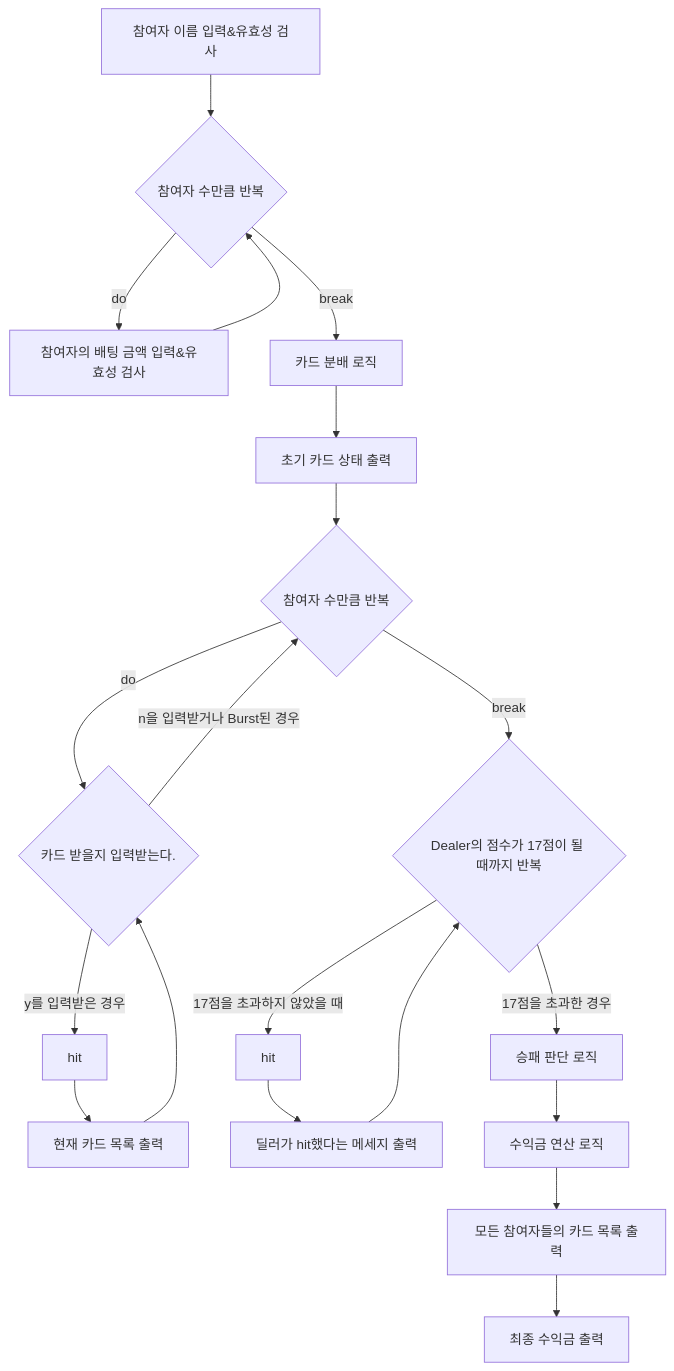
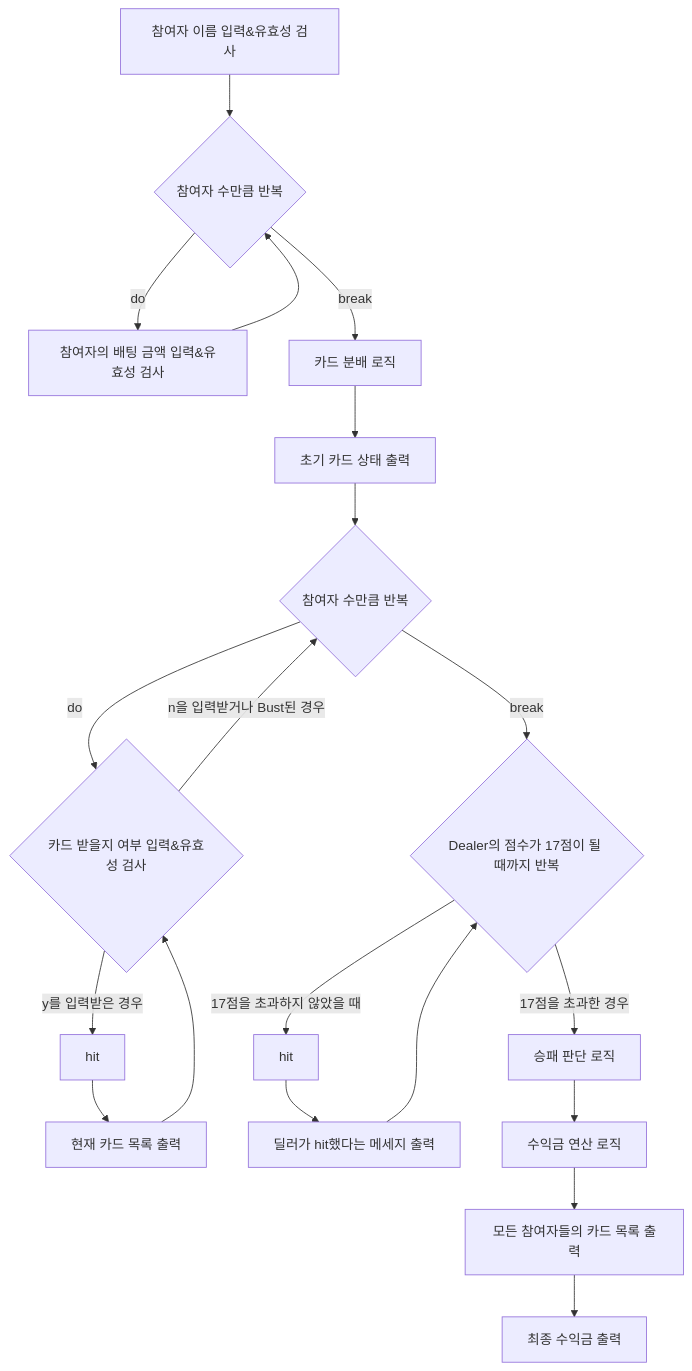
Before and after one commit to woowacourse/java-blackjack: the second of 3 diagrams in docs/README.md, drawn with Mermaid. The commit also changed other lines of this file and 12 other files, not shown here.

````diff
--- a/docs/README.md
+++ b/docs/README.md
@@ -61,25 +61,25 @@
 ```mermaid
 flowchart TB
   A[참여자 이름 입력&유효성 검사]-->B;
   B{참여자 수만큼 반복}-->|do|Z;
   Z[참여자의 배팅 금액 입력&유효성 검사]-->B;
   B-->|break|C;
   C[카드 분배 로직]-->D;
   D[초기 카드 상태 출력]-->X;
   
   X{참여자 수만큼 반복}-->|do|F;
-  F{카드 받을지 입력받는다.}-->|y를 입력받은 경우|H;
+  F{카드 받을지 여부 입력&유효성 검사}-->|y를 입력받은 경우|H;
   H[hit]-->I;
   I[현재 카드 목록 출력]-->F;
-  F-->|n을 입력받거나 Burst된 경우|X
+  F-->|n을 입력받거나 Bust된 경우|X
   X-->|break|Y;
   Y{Dealer의 점수가 17점이 될 때까지 반복}-->|17점을 초과하지 않았을 때|L;
   L[hit]-->M;
   M[딜러가 hit했다는 메세지 출력]-->Y;
   Y-->|17점을 초과한 경우|N;
   
   N[승패 판단 로직]-->Q;
   Q[수익금 연산 로직]-->O;
   O[모든 참여자들의 카드 목록 출력]-->P;
   P[최종 수익금 출력];
 ```
````
